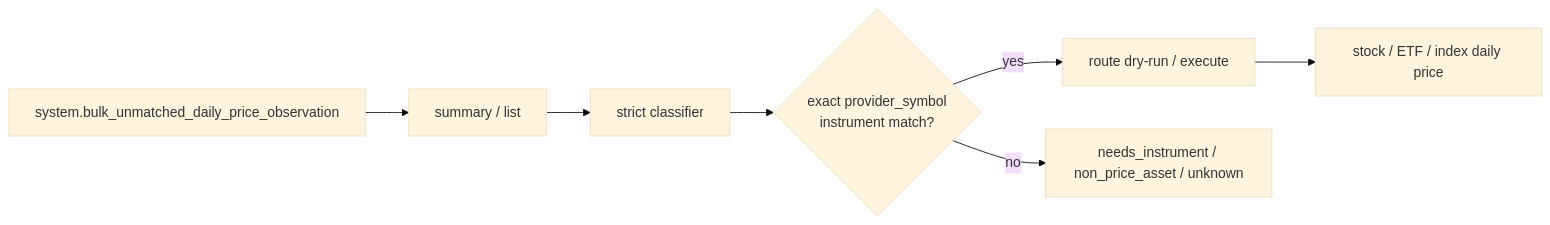
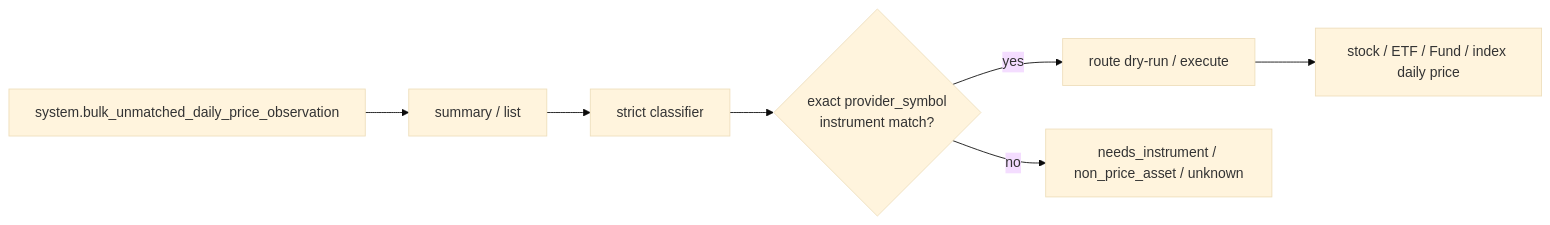
The fourth of 5 diagrams in database_system_cli/docs/architecture.md (jay-den-21/Meridian-J21-quant-terminal), drawn with Mermaid (base theme) before and after one commit. The commit also changed other lines of this file and 7 other files, not shown here.

````diff
--- a/database_system_cli/docs/architecture.md
+++ b/database_system_cli/docs/architecture.md
@@ -274,14 +287,14 @@
 ```mermaid
 flowchart LR
     Raw["system.bulk_unmatched_daily_price_observation"]
     Summary["summary / list"]
     Classify["strict classifier"]
     Match{"exact provider_symbol<br/>instrument match?"}
     Route["route dry-run / execute"]
-    Price["stock / ETF / index daily price"]
+    Price["stock / ETF / Fund / index daily price"]
     Hold["needs_instrument / non_price_asset / unknown"]
 
     Raw --> Summary --> Classify --> Match
     Match -- yes --> Route --> Price
     Match -- no --> Hold
 ```
````
